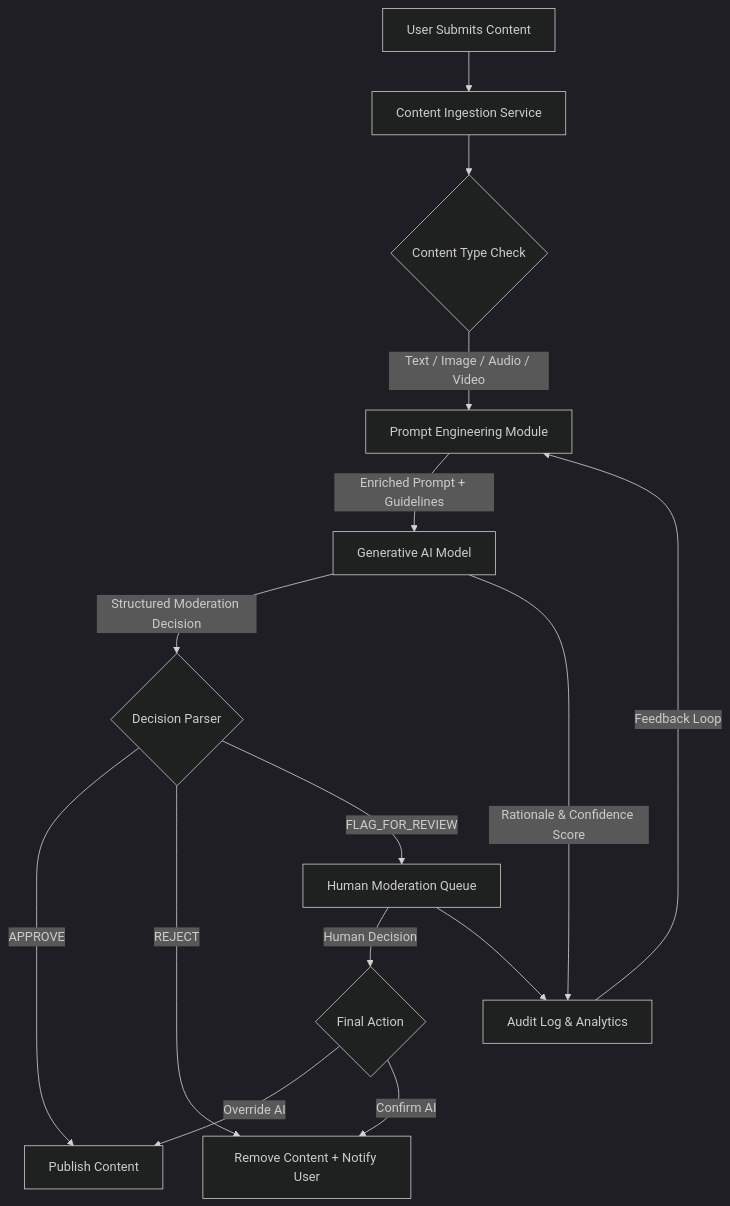
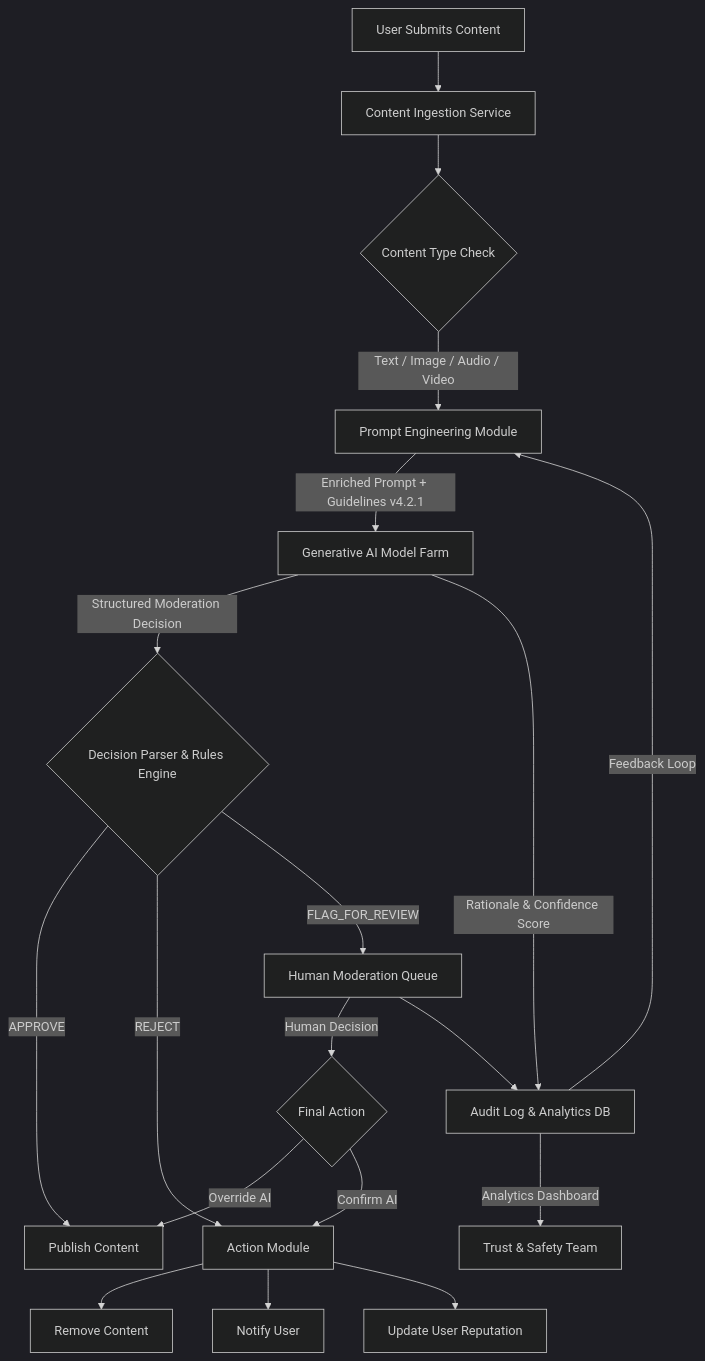
The first of 10 diagrams in inventions/058_ai_content_moderation.md (diplomat-bit/Citibank_Demo_Business_Inc_Demonstration-), drawn with Mermaid (dark theme) before and after one commit. The commit also changed other lines of this file, not shown here.

Commit message:
[AI] Edit: inventions/058_ai_content_moderation.md

````diff
--- a/inventions/058_ai_content_moderation.md
+++ b/inventions/058_ai_content_moderation.md
@@ -54,17 +85,21 @@
 ```mermaid
 graph TD
     A[User Submits Content] --> B[Content Ingestion Service];
     B --> C{Content Type Check};
     C -- Text / Image / Audio / Video --> D[Prompt Engineering Module];
-    D -- Enriched Prompt + Guidelines --> E[Generative AI Model];
-    E -- Structured Moderation Decision --> F{Decision Parser};
+    D -- Enriched Prompt + Guidelines v4.2.1 --> E[Generative AI Model Farm];
+    E -- Structured Moderation Decision --> F{Decision Parser & Rules Engine};
     F -- APPROVE --> G[Publish Content];
-    F -- REJECT --> H[Remove Content + Notify User];
+    F -- REJECT --> H[Action Module];
+    H --> H1[Remove Content];
+    H --> H2[Notify User];
+    H --> H3[Update User Reputation];
     F -- FLAG_FOR_REVIEW --> I[Human Moderation Queue];
     I -- Human Decision --> J{Final Action};
     J -- Override AI --> G;
     J -- Confirm AI --> H;
-    E -- Rationale & Confidence Score --> K[Audit Log & Analytics];
+    E -- Rationale & Confidence Score --> K[Audit Log & Analytics DB];
     I --> K;
     K -- Feedback Loop --> D;
+    K -- Analytics Dashboard --> L[Trust & Safety Team];
 ```
````
